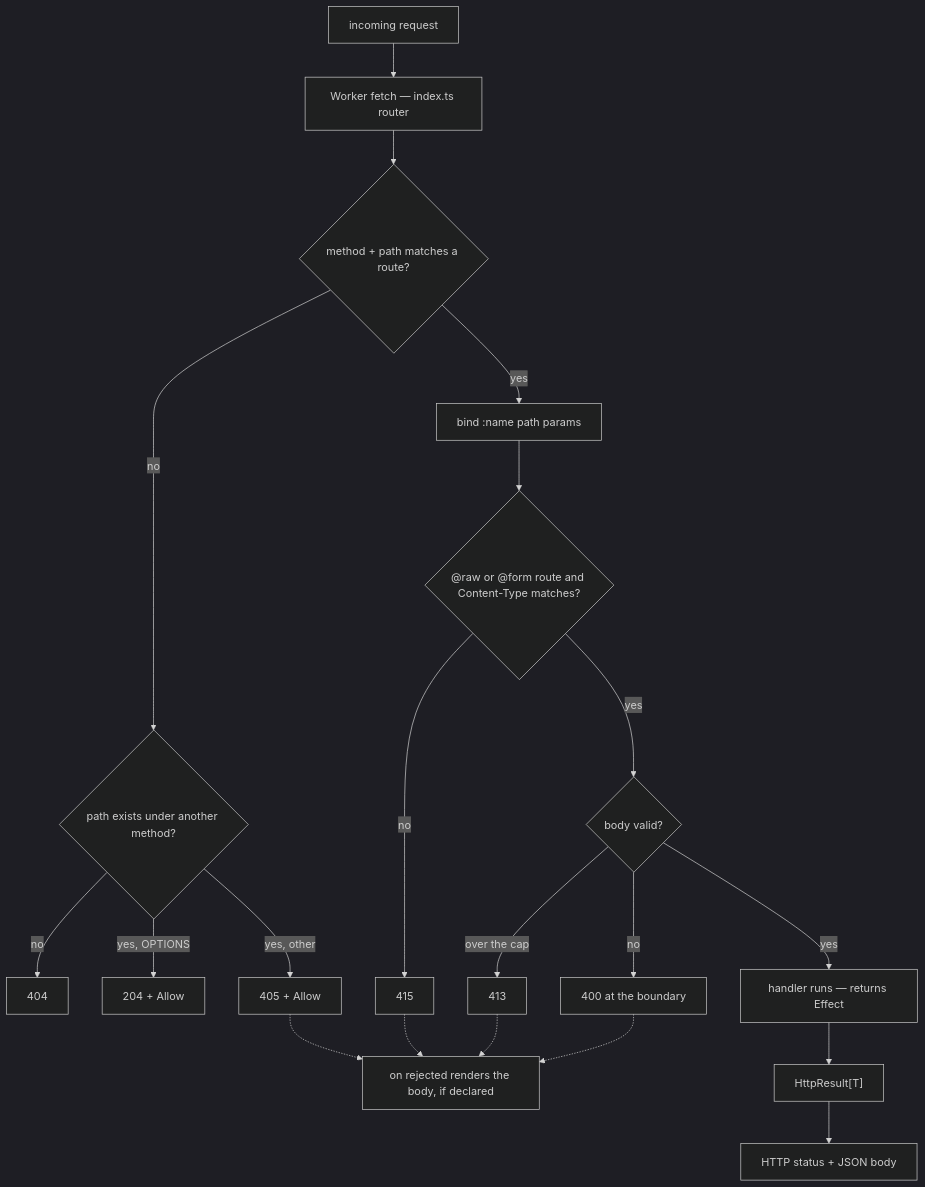
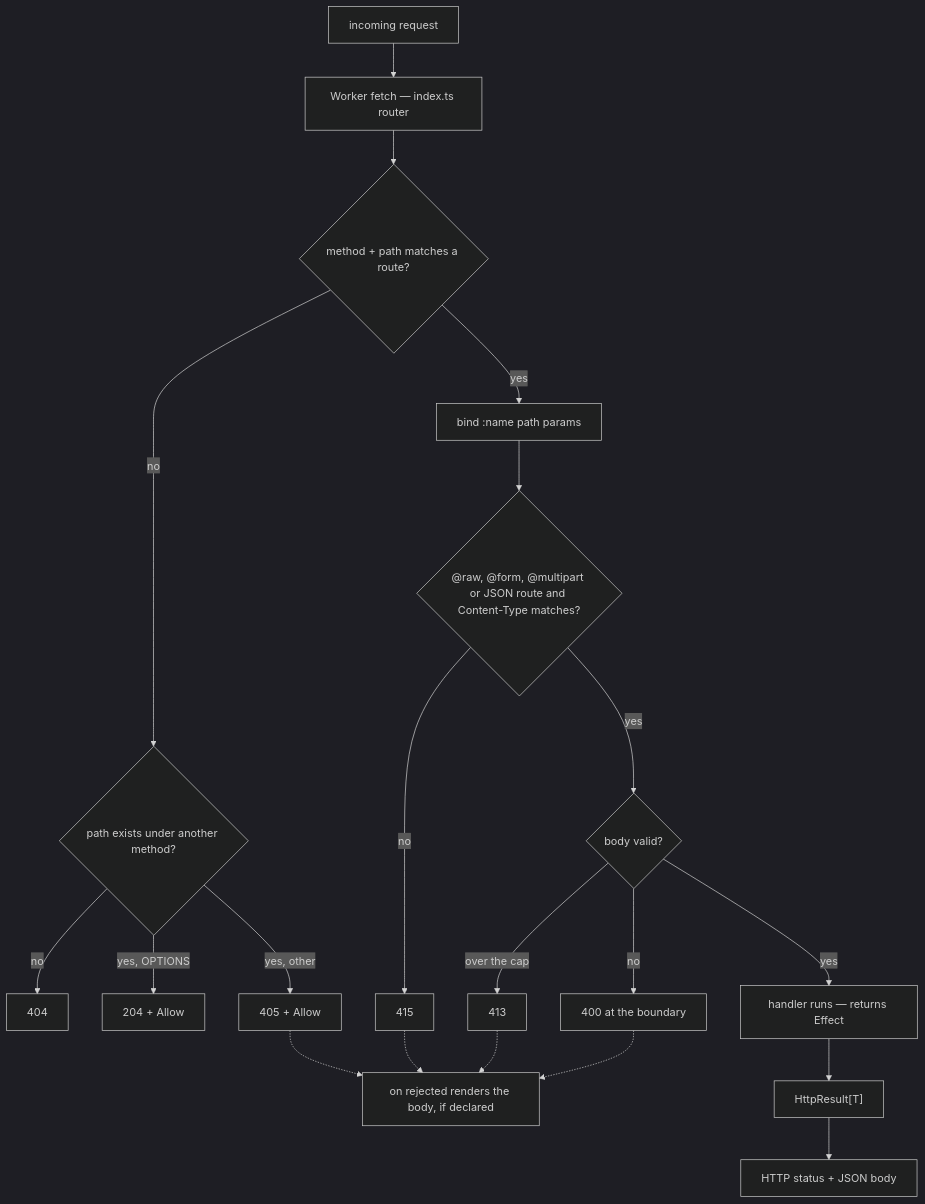
Before and after one commit to bynk-lang/bynk: the diagram in site/src/content/docs/reference/http.md, drawn with Mermaid (dark theme). The commit also changed other lines of this file and 109 other files, not shown here.

First line of the commit message:
HTTP: a JSON body route answers 415 to non-JSON media types, and @raw accepts a list of types

````diff
--- a/site/src/content/docs/reference/http.md
+++ b/site/src/content/docs/reference/http.md
@@ -1544,22 +1558,22 @@
 ```mermaid
 flowchart TD
   req["incoming request"] --> router["Worker fetch — index.ts router"]
   router --> match{"method + path matches a route?"}
   match -->|yes| params["bind :name path params"]
   match -->|no| known{"path exists under another method?"}
   known -->|no| nf["404"]
   known -->|yes, OPTIONS| opt["204 + Allow"]
   known -->|yes, other| m405["405 + Allow"]
-  params --> ctype{"@raw or @form route and Content-Type matches?"}
+  params --> ctype{"@raw, @form, @multipart or JSON route and Content-Type matches?"}
   ctype -->|no| m415["415"]
   ctype -->|yes| body{"body valid?"}
   body -->|over the cap| m413["413"]
   body -->|no| bad["400 at the boundary"]
   m405 -.-> hook["on rejected renders the body, if declared"]
   m415 -.-> hook
   m413 -.-> hook
   bad -.-> hook
   body -->|yes| handler["handler runs — returns Effect"]
   handler --> result["HttpResult[T]"]
   result --> status["HTTP status + JSON body"]
 ```
````
